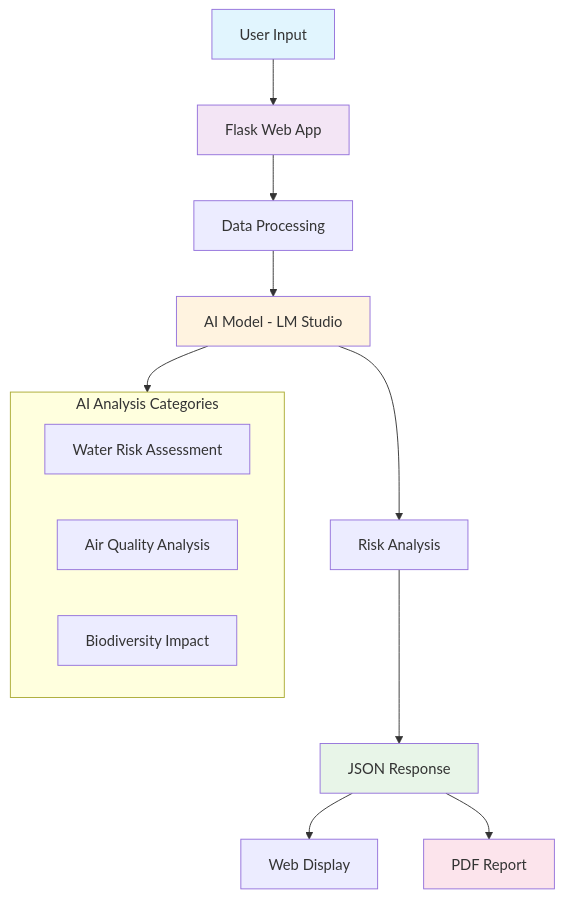
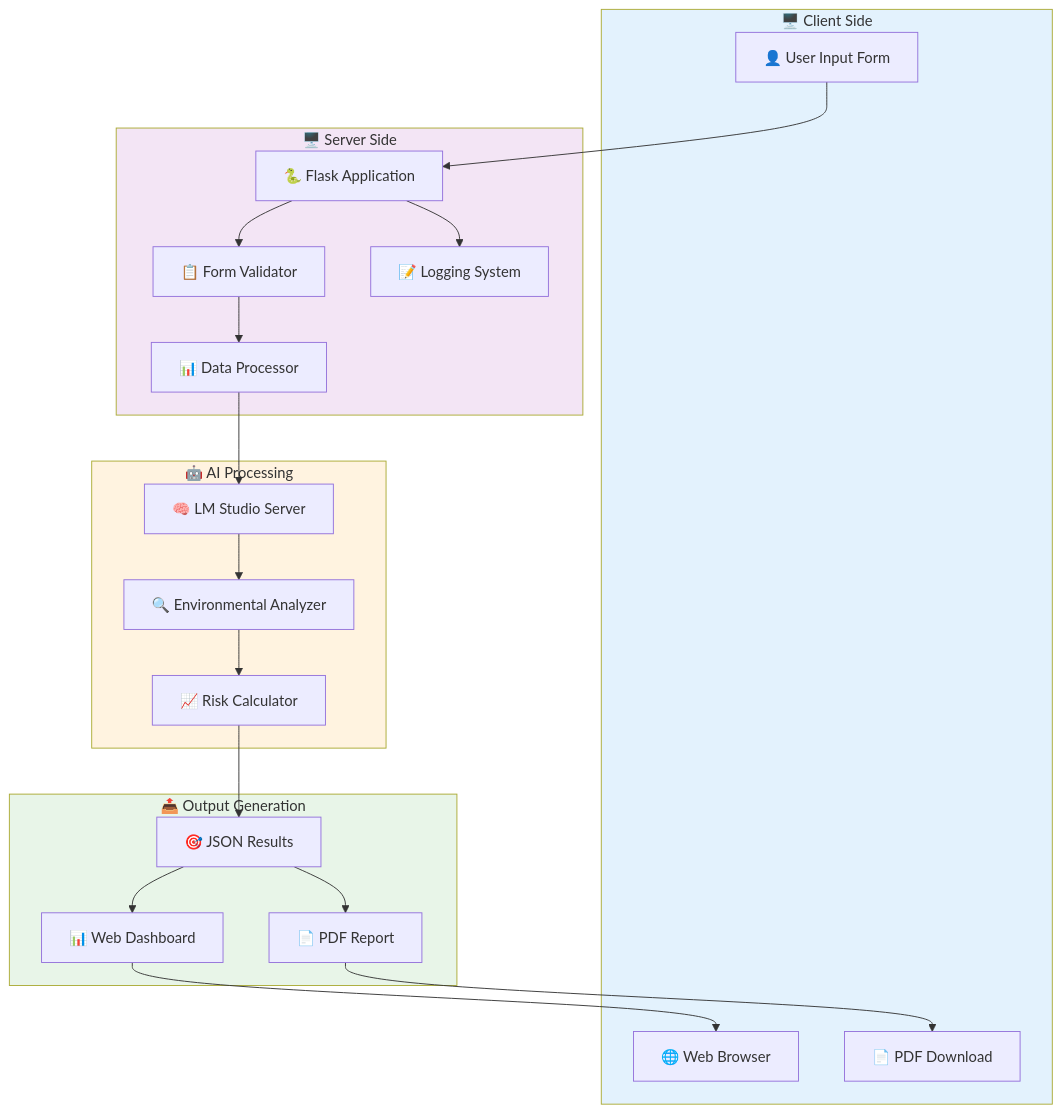
The first of 11 diagrams in README.md (Ping-2o/daryn), drawn with Mermaid before and after one commit. The commit also changed other lines of this file, not shown here.

Commit message:
added graphs

````diff
--- a/README.md
+++ b/README.md
@@ -51,24 +52,45 @@
 ```mermaid
 graph TB
-    A[User Input] --> B[Flask Web App]
-    B --> C[Data Processing]
-    C --> D[AI Model - LM Studio]
-    D --> E[Risk Analysis]
-    E --> F[JSON Response]
-    F --> G[Web Display]
-    F --> H[PDF Report]
-    
-    subgraph Analysis["AI Analysis Categories"]
-        I[Water Risk Assessment]
-        J[Air Quality Analysis]
-        K[Biodiversity Impact]
+    subgraph Client["🖥️ Client Side"]
+        A[👤 User Input Form]
+        B[🌐 Web Browser]
+        C[📄 PDF Download]
     end
     
-    D --> Analysis
+    subgraph Server["🖥️ Server Side"]
+        D[🐍 Flask Application]
+        E[📊 Data Processor]
+        F[📋 Form Validator]
+        G[📝 Logging System]
+    end
     
-    style A fill:#e1f5fe
-    style B fill:#f3e5f5
-    style D fill:#fff3e0
-    style F fill:#e8f5e8
-    style H fill:#fce4ec
+    subgraph AI["🤖 AI Processing"]
+        H[🧠 LM Studio Server]
+        I[🔍 Environmental Analyzer]
+        J[📈 Risk Calculator]
+    end
+    
+    subgraph Output["📤 Output Generation"]
+        K[🎯 JSON Results]
+        L[📊 Web Dashboard]
+        M[📄 PDF Report]
+    end
+    
+    A --> D
+    D --> F
+    F --> E
+    E --> H
+    H --> I
+    I --> J
+    J --> K
+    K --> L
+    K --> M
+    L --> B
+    M --> C
+    D --> G
+    
+    style Client fill:#e3f2fd
+    style Server fill:#f3e5f5
+    style AI fill:#fff3e0
+    style Output fill:#e8f5e8
 ```
````
